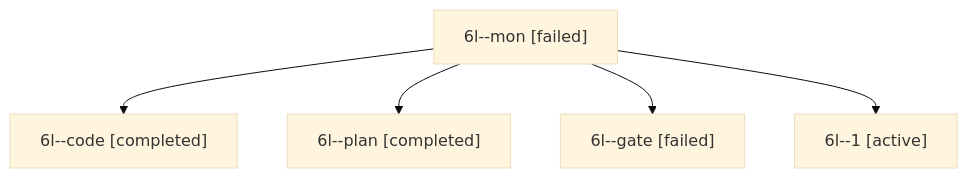
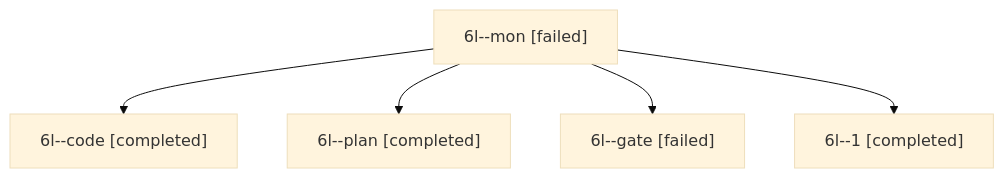
Before and after one commit to bobs-org/bob-cli--agents: the diagram in sessions/bbugyi200.apollo.6l.md, drawn with Mermaid (base theme). The commit also changed other lines of this file and 27 other files, not shown here.

````diff
--- a/sessions/bbugyi200.apollo.6l.md
+++ b/sessions/bbugyi200.apollo.6l.md
@@ -9,12 +9,12 @@
 ```mermaid
 flowchart TD
   n0["6l--mon [failed]"]
   n1["6l--code [completed]"]
   n0 --> n1
   n2["6l--plan [completed]"]
   n0 --> n2
   n3["6l--gate [failed]"]
   n0 --> n3
-  n4["6l--1 [active]"]
+  n4["6l--1 [completed]"]
   n0 --> n4
 ```
````
